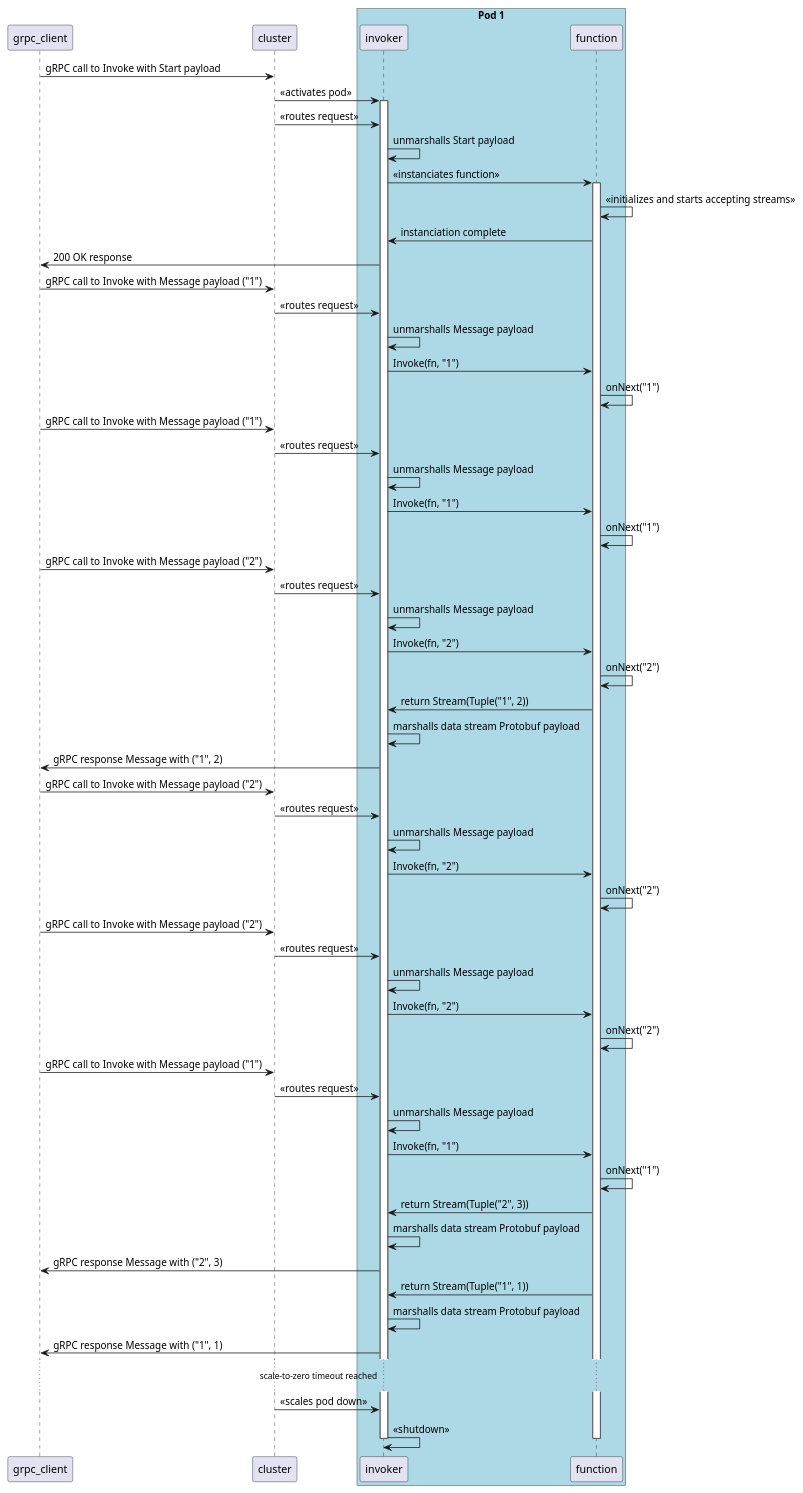
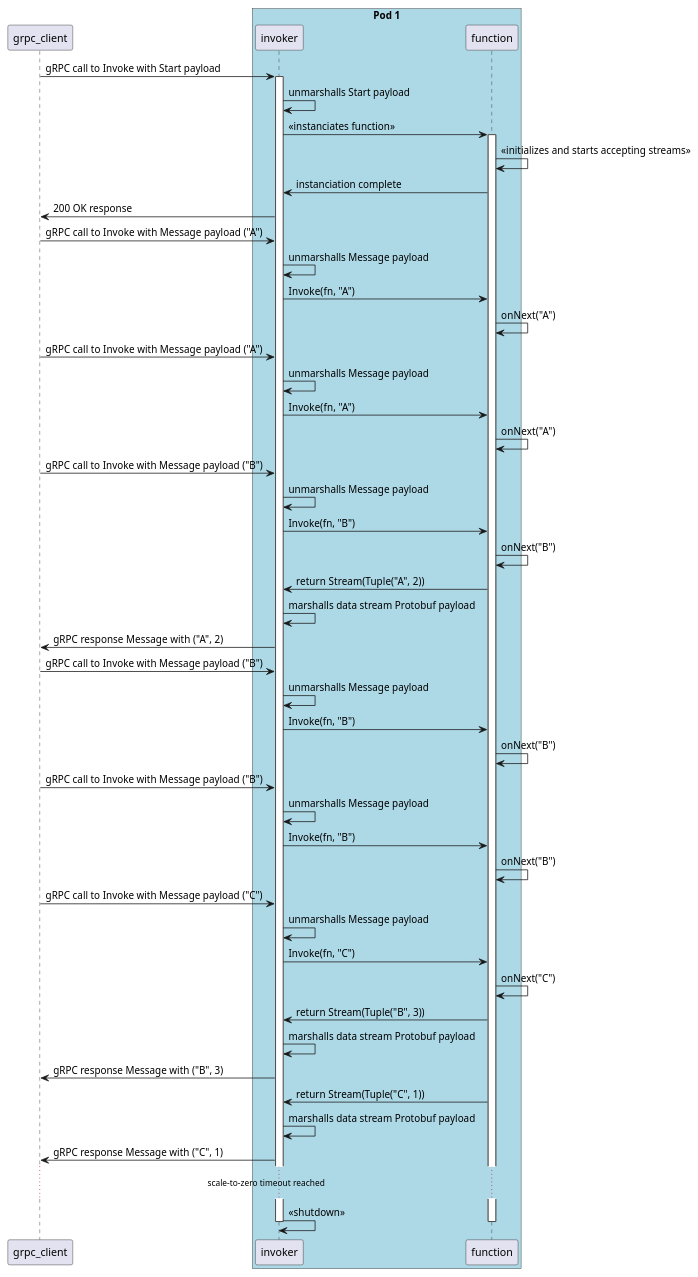
The second of 2 diagrams in streaming.adoc (fbiville/riff-docs), drawn with PlantUML before and after one commit. The commit also changed other lines of this file, not shown here.

Commit message:
Remove cluster participant and change RLE example

```diff
--- a/streaming.adoc
+++ b/streaming.adoc
@@ -71,65 +70,55 @@
 [plantuml, format="png"]
 ----
 participant grpc_client
-participant cluster
 box "Pod 1" #LightBlue
 	participant invoker
 	participant function
 end box
 
 
-grpc_client -> cluster : gRPC call to Invoke with Start payload
-cluster -> invoker : << activates pod >>
+grpc_client -> invoker : gRPC call to Invoke with Start payload
 activate invoker
-cluster -> invoker : << routes request >>
 invoker -> invoker : unmarshalls Start payload
 invoker -> function : << instanciates function >>
 activate function
 function -> function : << initializes and starts accepting streams >>
 function -> invoker : instanciation complete
 invoker -> grpc_client : 200 OK response
-grpc_client-> cluster : gRPC call to Invoke with Message payload ("1")
-cluster -> invoker : << routes request >>
+grpc_client-> invoker : gRPC call to Invoke with Message payload ("A")
 invoker -> invoker : unmarshalls Message payload
-invoker -> function : Invoke(fn, "1")
-function -> function : onNext("1")
-grpc_client-> cluster : gRPC call to Invoke with Message payload ("1")
-cluster -> invoker : << routes request >>
+invoker -> function : Invoke(fn, "A")
+function -> function : onNext("A")
+grpc_client-> invoker : gRPC call to Invoke with Message payload ("A")
 invoker -> invoker : unmarshalls Message payload
-invoker -> function : Invoke(fn, "1")
-function -> function : onNext("1")
-grpc_client-> cluster : gRPC call to Invoke with Message payload ("2")
-cluster -> invoker : << routes request >>
+invoker -> function : Invoke(fn, "A")
+function -> function : onNext("A")
+grpc_client-> invoker : gRPC call to Invoke with Message payload ("B")
 invoker -> invoker : unmarshalls Message payload
-invoker -> function : Invoke(fn, "2")
-function -> function : onNext("2")
-function -> invoker : return Stream(Tuple("1", 2))
+invoker -> function : Invoke(fn, "B")
+function -> function : onNext("B")
+function -> invoker : return Stream(Tuple("A", 2))
 invoker -> invoker : marshalls data stream Protobuf payload
-invoker ->  grpc_client : gRPC response Message with ("1", 2)
-grpc_client-> cluster : gRPC call to Invoke with Message payload ("2")
-cluster -> invoker : << routes request >>
+invoker ->  grpc_client : gRPC response Message with ("A", 2)
+grpc_client -> invoker : gRPC call to Invoke with Message payload ("B")
 invoker -> invoker : unmarshalls Message payload
-invoker -> function : Invoke(fn, "2")
-function -> function : onNext("2")
-grpc_client-> cluster : gRPC call to Invoke with Message payload ("2")
-cluster -> invoker : << routes request >>
+invoker -> function : Invoke(fn, "B")
+function -> function : onNext("B")
+grpc_client-> invoker : gRPC call to Invoke with Message payload ("B")
 invoker -> invoker : unmarshalls Message payload
-invoker -> function : Invoke(fn, "2")
-function -> function : onNext("2")
-grpc_client-> cluster : gRPC call to Invoke with Message payload ("1")
-cluster -> invoker : << routes request >>
+invoker -> function : Invoke(fn, "B")
+function -> function : onNext("B")
+grpc_client-> invoker : gRPC call to Invoke with Message payload ("C")
 invoker -> invoker : unmarshalls Message payload
-invoker -> function : Invoke(fn, "1")
-function -> function : onNext("1")
-function -> invoker : return Stream(Tuple("2", 3))
+invoker -> function : Invoke(fn, "C")
+function -> function : onNext("C")
+function -> invoker : return Stream(Tuple("B", 3))
 invoker -> invoker : marshalls data stream Protobuf payload
-invoker ->  grpc_client : gRPC response Message with ("2", 3)
-function -> invoker : return Stream(Tuple("1", 1))
+invoker ->  grpc_client : gRPC response Message with ("B", 3)
+function -> invoker : return Stream(Tuple("C", 1))
 invoker -> invoker : marshalls data stream Protobuf payload
-invoker ->  grpc_client : gRPC response Message with ("1", 1)
+invoker ->  grpc_client : gRPC response Message with ("C", 1)
 ...scale-to-zero timeout reached...
-cluster -> invoker : <<scales pod down>>
 invoker -> invoker : << shutdown >>
 deactivate function
 deactivate invoker
 ----
```
